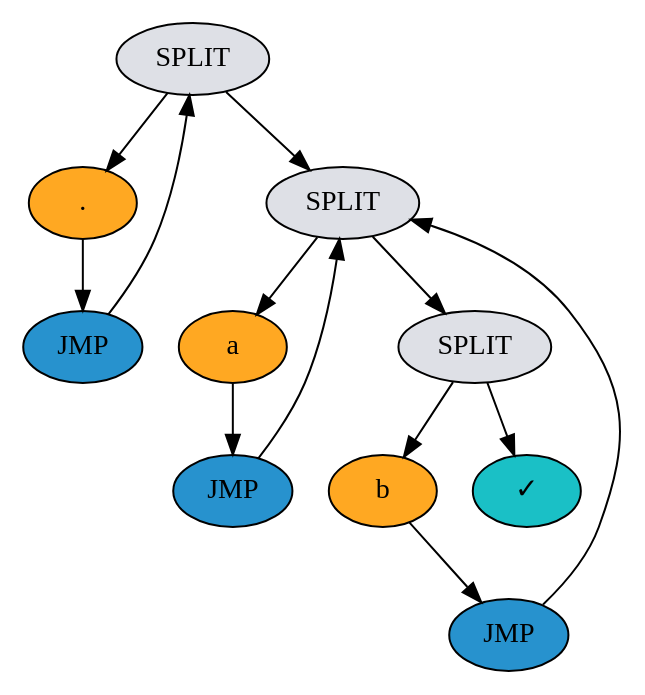
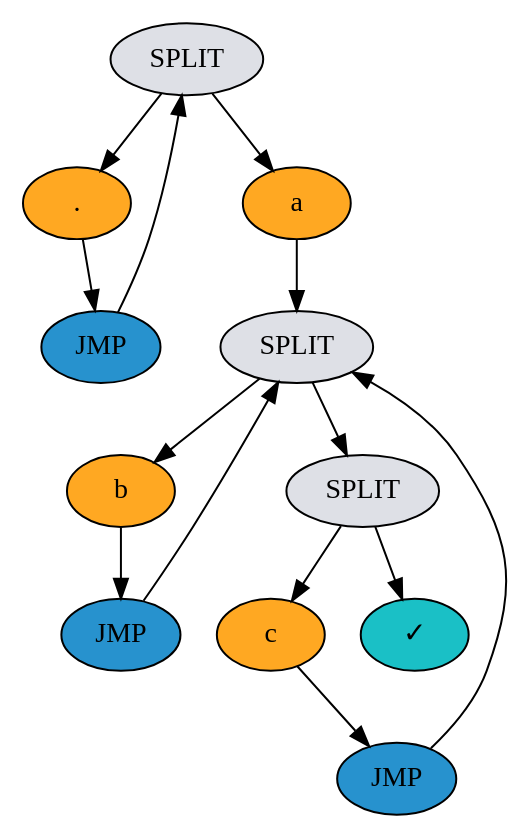
Before and after one commit to leonardo-panseri/cicero-on-vidor4000: the diagram in cicero-compiler/debug1.dot, drawn with Graphviz. The commit also changed 17 other files, not shown here.

```diff
--- a/cicero-compiler/debug1.dot
+++ b/cicero-compiler/debug1.dot
@@ -1,25 +1,27 @@
 digraph{
-1709880271984 -> 1709880272176
-1709880271984 -> 1709880271840
-1709880271984 [label="SPLIT" color="black" fillcolor="#dee0e6" style="filled"]
-1709880272176 -> 1709880272080
-1709880272176 [label ="\." color="black" fillcolor="#ffa822" style="filled"]
-1709880272080 -> 1709880271984
-1709880272080 [label="JMP" color="black" fillcolor="#2792ce" style="filled"]
-1709880271840 -> 1709880271072
-1709880271840 -> 1709880271648
-1709880271840 [label="SPLIT" color="black" fillcolor="#dee0e6" style="filled"]
-1709880271072 -> 1709880271792
-1709880271072 [label ="a" color="black" fillcolor="#ffa822" style="filled"]
-1709880271792 -> 1709880271840
-1709880271792 [label="JMP" color="black" fillcolor="#2792ce" style="filled"]
-1709880271648 -> 1709880270880
-1709880271648 -> 1709874495056
-1709880271648 [label="SPLIT" color="black" fillcolor="#dee0e6" style="filled"]
-1709880270880 -> 1709880270448
-1709880270880 [label ="b" color="black" fillcolor="#ffa822" style="filled"]
-1709880270448 -> 1709880271840
-1709880270448 [label="JMP" color="black" fillcolor="#2792ce" style="filled"]
-1709874495056 [label="✓" color="black"  fillcolor="#1ac0c6"	style="filled"]
+2615202111280 -> 2615202113152
+2615202111280 -> 2615202112384
+2615202111280 [label="SPLIT" color="black" fillcolor="#dee0e6" style="filled"]
+2615202113152 -> 2615202113056
+2615202113152 [label ="\." color="black" fillcolor="#ffa822" style="filled"]
+2615202113056 -> 2615202111280
+2615202113056 [label="JMP" color="black" fillcolor="#2792ce" style="filled"]
+2615202112384 -> 2615202112864
+2615202112384 [label ="a" color="black" fillcolor="#ffa822" style="filled"]
+2615202112864 -> 2615202112096
+2615202112864 -> 2615202112720
+2615202112864 [label="SPLIT" color="black" fillcolor="#dee0e6" style="filled"]
+2615202112096 -> 2615202111616
+2615202112096 [label ="b" color="black" fillcolor="#ffa822" style="filled"]
+2615202111616 -> 2615202112864
+2615202111616 [label="JMP" color="black" fillcolor="#2792ce" style="filled"]
+2615202112720 -> 2615202112144
+2615202112720 -> 2615196335696
+2615202112720 [label="SPLIT" color="black" fillcolor="#dee0e6" style="filled"]
+2615202112144 -> 2615202113008
+2615202112144 [label ="c" color="black" fillcolor="#ffa822" style="filled"]
+2615202113008 -> 2615202112864
+2615202113008 [label="JMP" color="black" fillcolor="#2792ce" style="filled"]
+2615196335696 [label="✓" color="black"  fillcolor="#1ac0c6"	style="filled"]
 
 }
```
